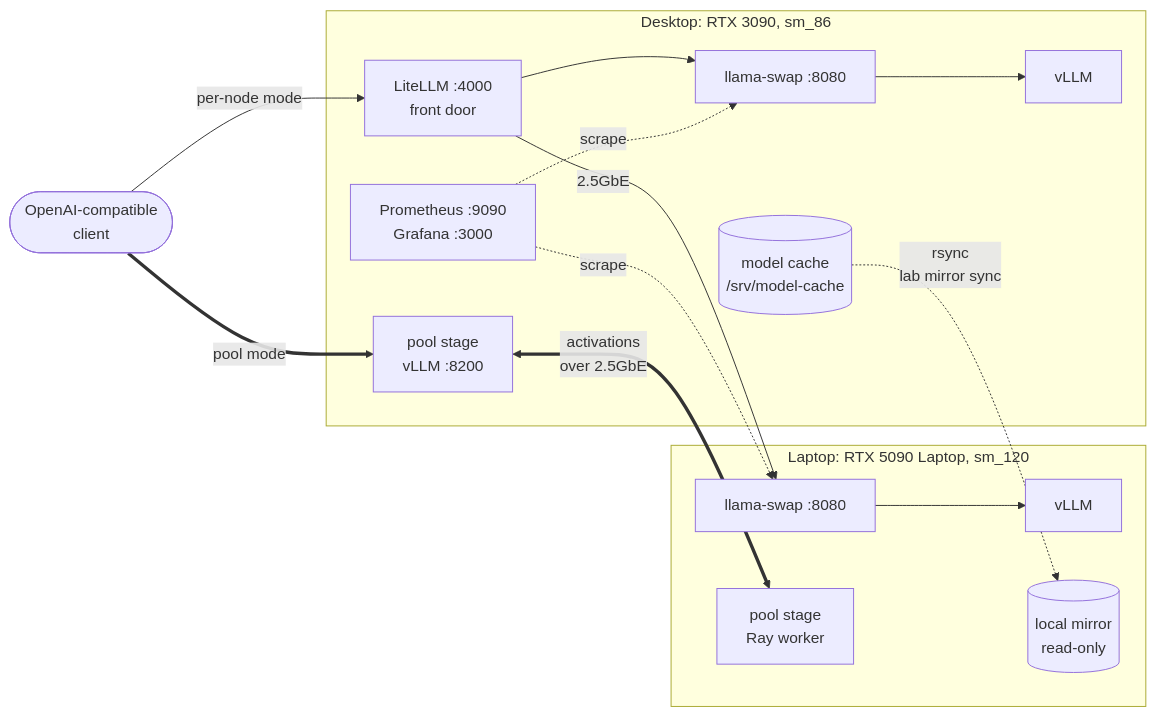
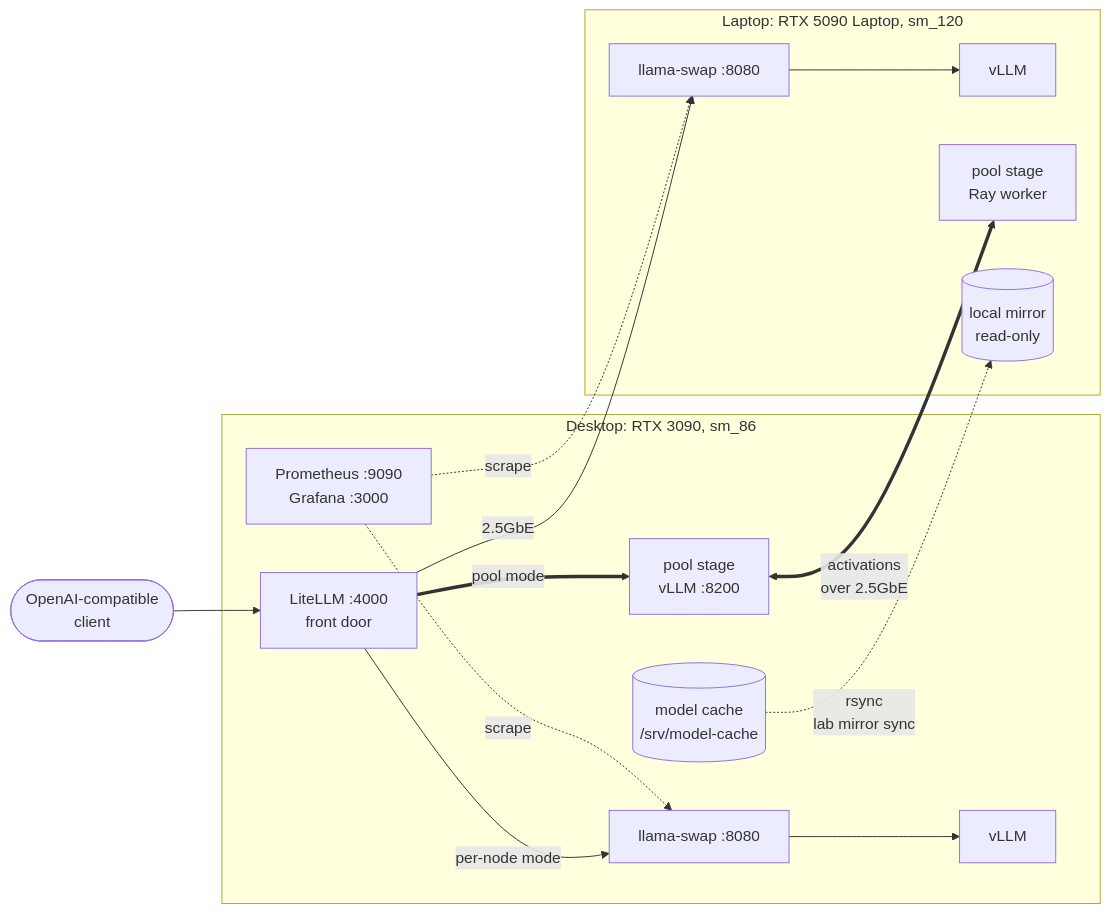
One commit to kndclark/GPU-Lab changed the diagram in README.md. Above: the diagram before and after it, drawn with Mermaid. The commit also changed other lines of this file and 5 other files, not shown here.

````diff
--- a/README.md
+++ b/README.md
@@ -37,26 +37,26 @@
 ```mermaid
 flowchart LR
     client(["OpenAI-compatible<br/>client"])
     subgraph desktop["Desktop: RTX 3090, sm_86"]
         litellm["LiteLLM :4000<br/>front door"]
         swapD["llama-swap :8080"]
         vllmD["vLLM"]
         poolD["pool stage<br/>vLLM :8200"]
         prom["Prometheus :9090<br/>Grafana :3000"]
         cache[("model cache<br/>/srv/model-cache")]
     end
     subgraph laptop["Laptop: RTX 5090 Laptop, sm_120"]
         swapL["llama-swap :8080"]
         vllmL["vLLM"]
         poolL["pool stage<br/>Ray worker"]
         cacheL[("local mirror<br/>read-only")]
     end
-    client -->|per-node mode| litellm
-    litellm --> swapD --> vllmD
+    client --> litellm
+    litellm -->|per-node mode| swapD --> vllmD
     litellm -->|2.5GbE| swapL --> vllmL
-    client ==>|pool mode| poolD
+    litellm ==>|pool mode| poolD
     poolD <==>|"activations<br/>over 2.5GbE"| poolL
     prom -.->|scrape| swapD
     prom -.->|scrape| swapL
     cache -.->|"rsync<br/>lab mirror sync"| cacheL
 ```
````
